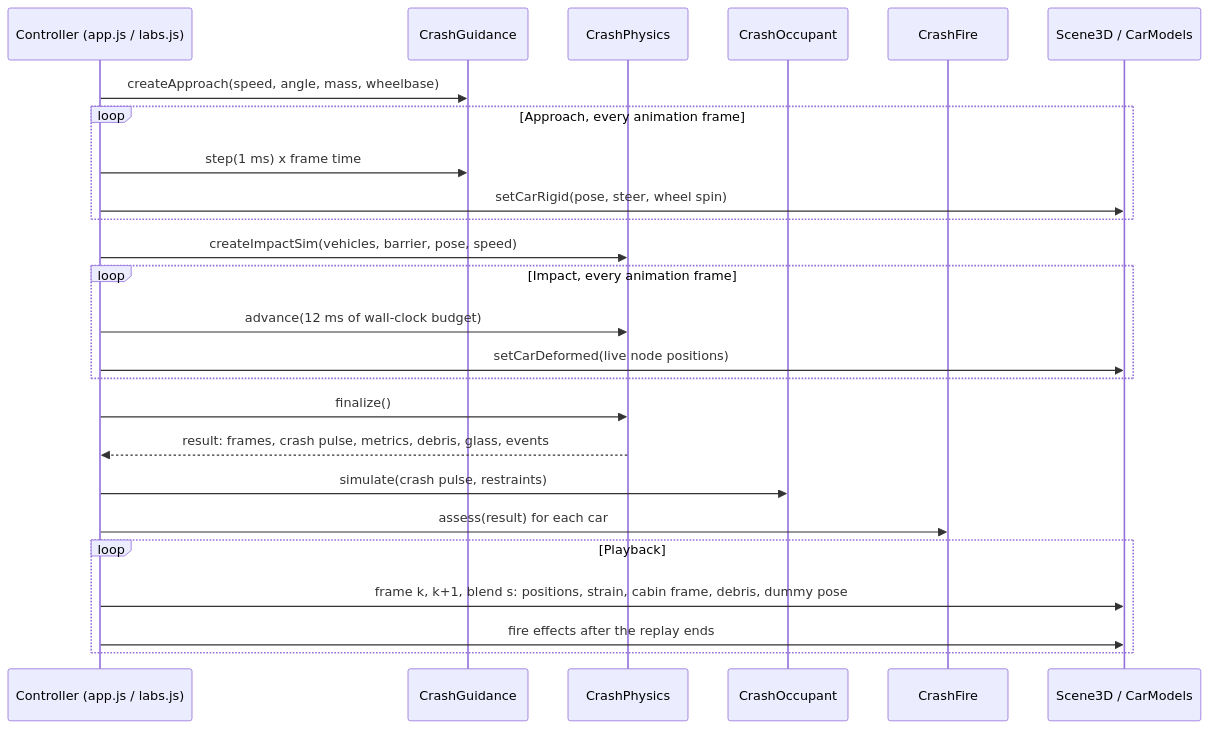
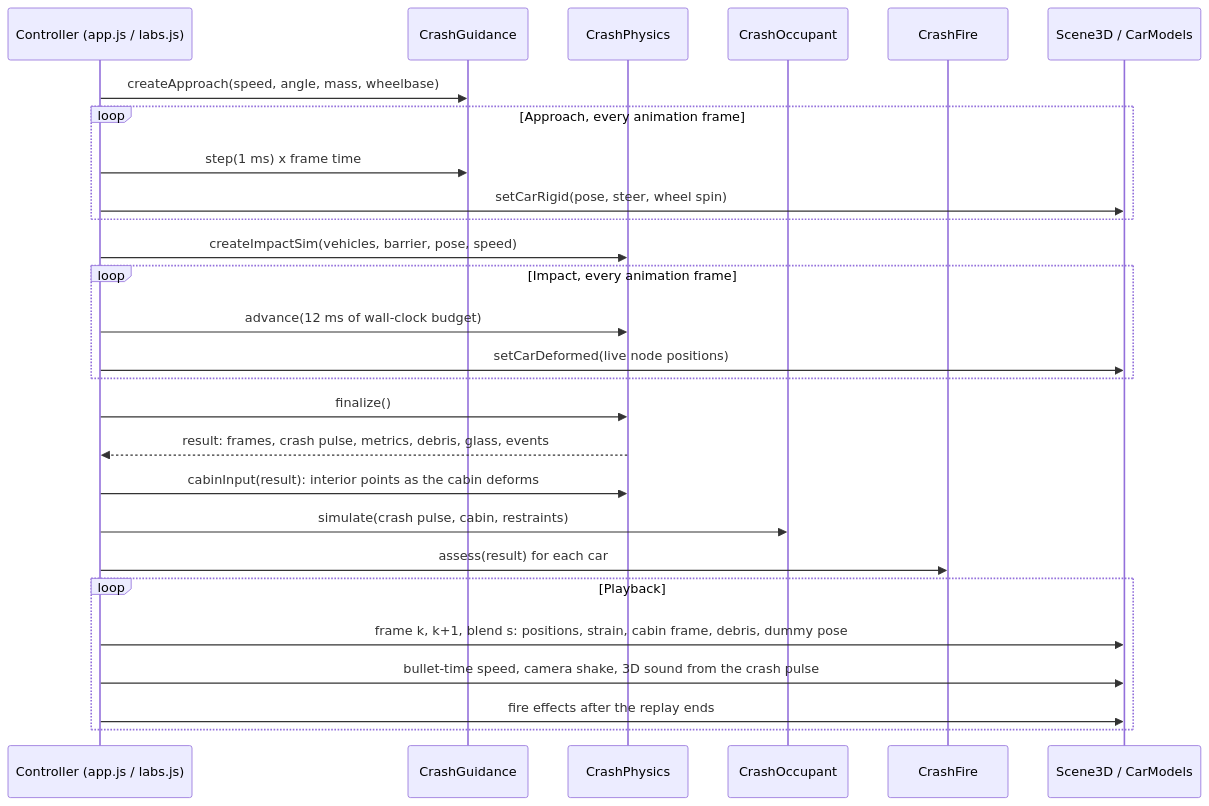
One commit to jayrosen-design/car-crash-simulation changed the second of 20 diagrams in README.md. Above: the diagram before and after it, drawn with Mermaid. The commit also changed other lines of this file and 18 other files, not shown here.

First line of the commit message:
Bullet-time replays, 3D audio, video export, bloom, 3D dummy and an opt-in WebGPU solver

````diff
--- a/README.md
+++ b/README.md
@@ -181,27 +203,29 @@
 ```mermaid
 sequenceDiagram
   participant UI as Controller (app.js / labs.js)
   participant G as CrashGuidance
   participant P as CrashPhysics
   participant O as CrashOccupant
   participant F as CrashFire
   participant S as Scene3D / CarModels
   UI->>G: createApproach(speed, angle, mass, wheelbase)
   loop Approach, every animation frame
     UI->>G: step(1 ms) x frame time
     UI->>S: setCarRigid(pose, steer, wheel spin)
   end
   UI->>P: createImpactSim(vehicles, barrier, pose, speed)
   loop Impact, every animation frame
     UI->>P: advance(12 ms of wall-clock budget)
     UI->>S: setCarDeformed(live node positions)
   end
   UI->>P: finalize()
   P-->>UI: result: frames, crash pulse, metrics, debris, glass, events
-  UI->>O: simulate(crash pulse, restraints)
+  UI->>P: cabinInput(result): interior points as the cabin deforms
+  UI->>O: simulate(crash pulse, cabin, restraints)
   UI->>F: assess(result) for each car
   loop Playback
     UI->>S: frame k, k+1, blend s: positions, strain, cabin frame, debris, dummy pose
+    UI->>S: bullet-time speed, camera shake, 3D sound from the crash pulse
     UI->>S: fire effects after the replay ends
   end
 ```
````
